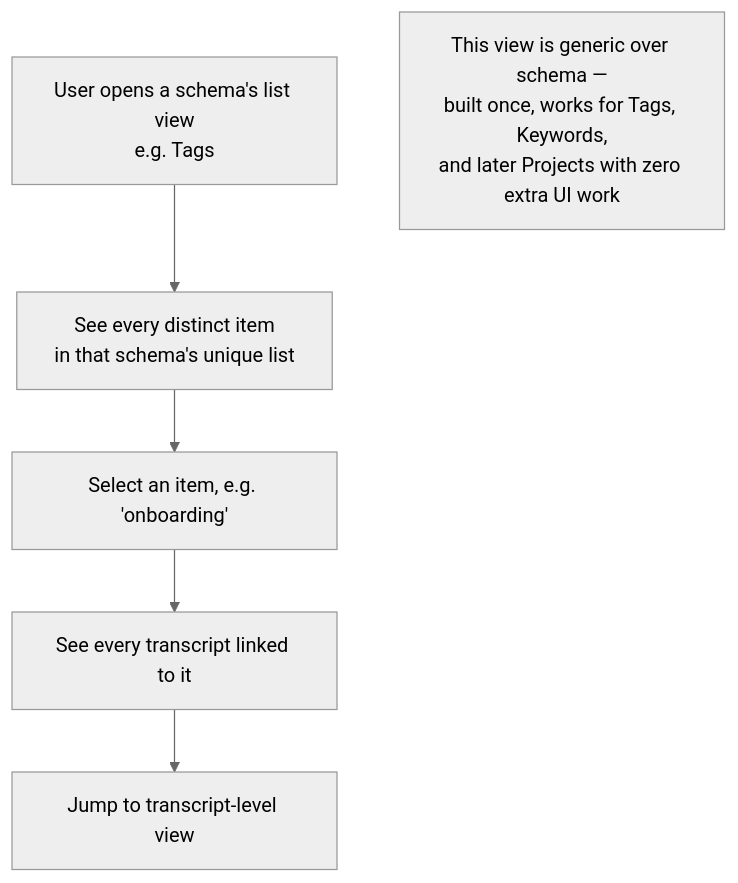
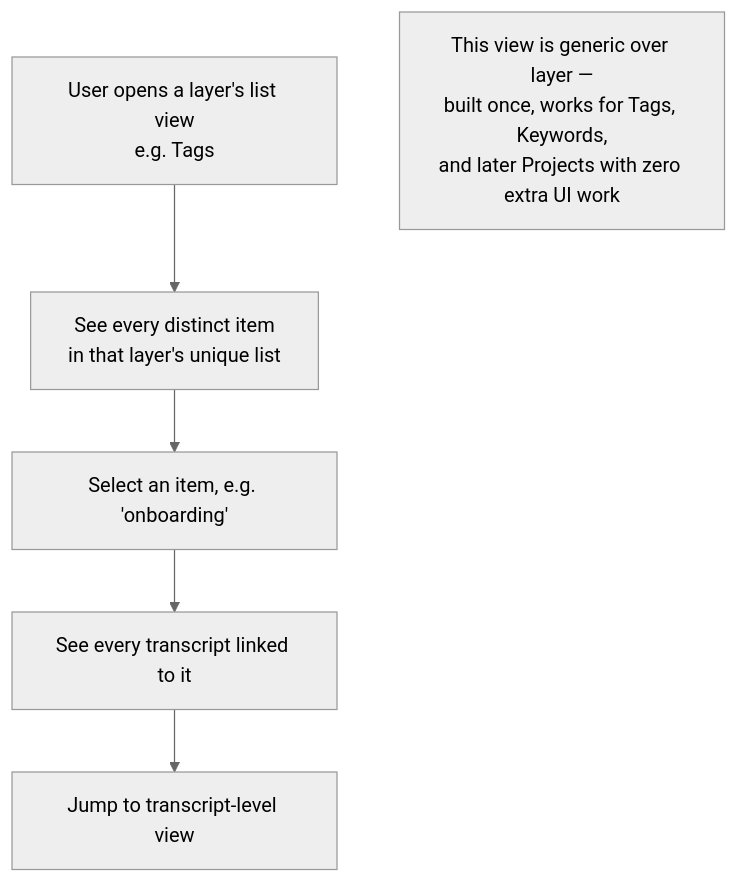
Before and after one commit to Lenniott/scribeFloat: the fourth of 6 diagrams in docs/design-brain-prd.md, drawn with Mermaid (neutral theme). The commit also changed other lines of this file, not shown here.

````diff
--- a/docs/design-brain-prd.md
+++ b/docs/design-brain-prd.md
@@ -144,8 +184,8 @@
 ```mermaid
 flowchart TD
-    A[User opens a schema's list view\ne.g. Tags] --> B[See every distinct item\nin that schema's unique list]
+    A[User opens a layer's list view\ne.g. Tags] --> B[See every distinct item\nin that layer's unique list]
     B --> C[Select an item, e.g. 'onboarding']
     C --> D[See every transcript linked to it]
     D --> E[Jump to transcript-level view]
-    note1[This view is generic over schema —\nbuilt once, works for Tags, Keywords,\nand later Projects with zero extra UI work]
+    note1[This view is generic over layer —\nbuilt once, works for Tags, Keywords,\nand later Projects with zero extra UI work]
 ```
````
